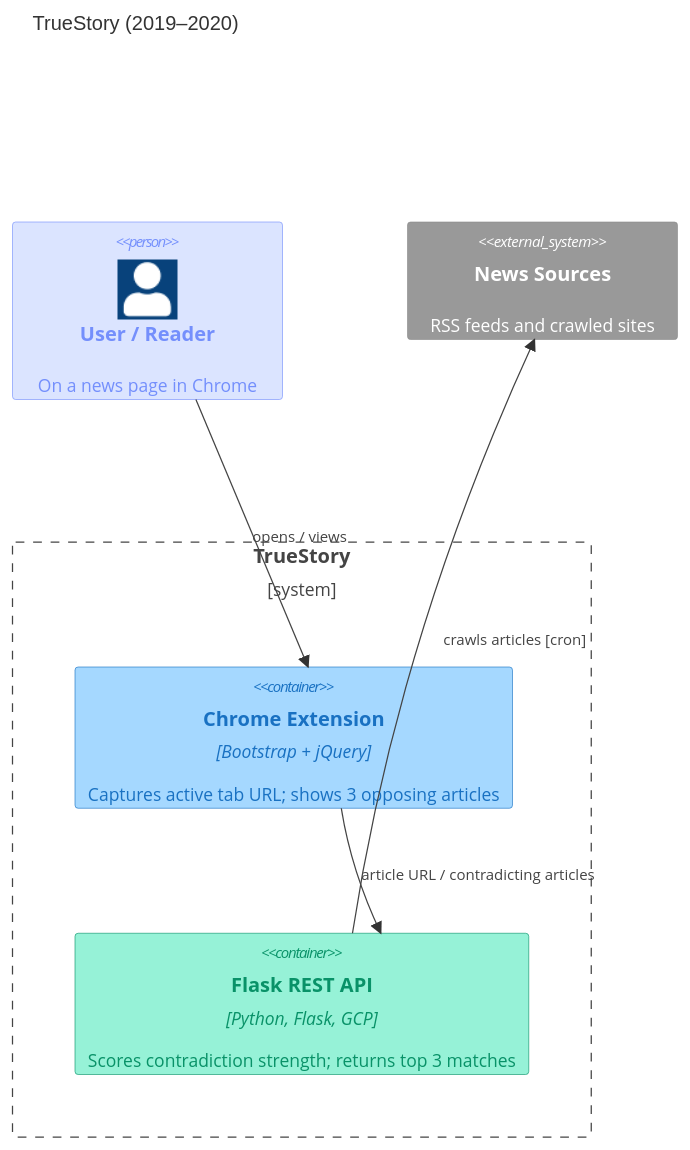
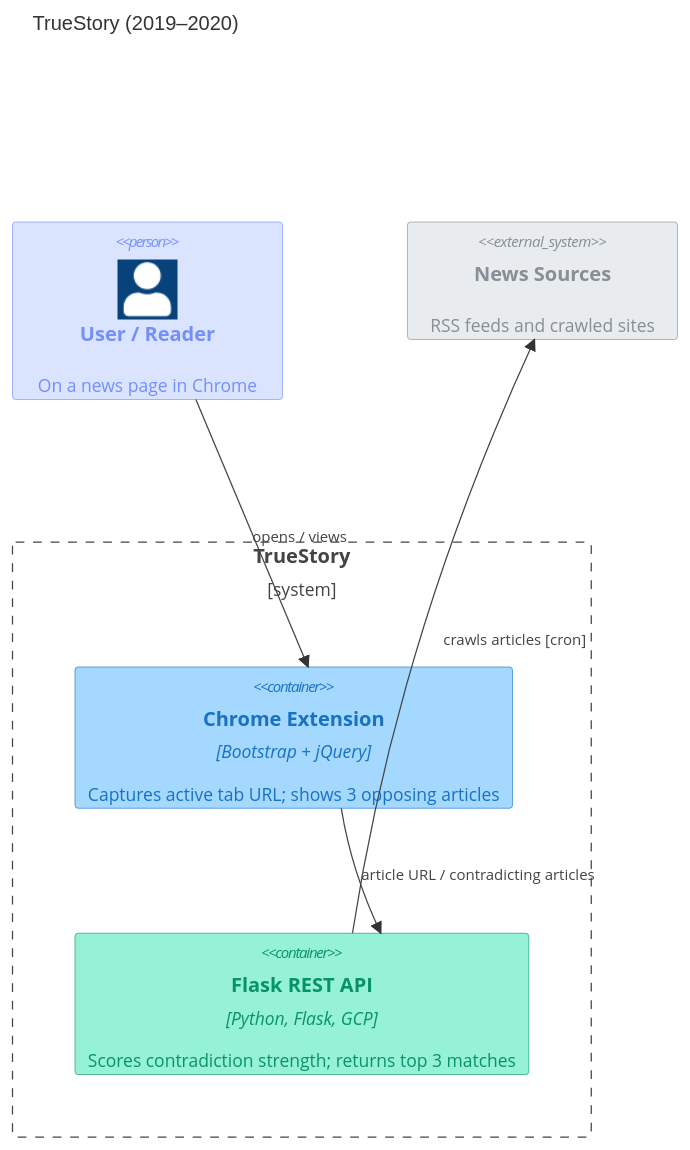
The diagram in src/diagrams/truestory.md (cmin764/portfolio), drawn with Mermaid before and after one commit. The commit also changed 2 other files, not shown here.

Commit message:
Fix missing System_Ext gray overrides and Pinecone primitive in Mermaid diagrams

````diff
--- a/src/diagrams/truestory.md
+++ b/src/diagrams/truestory.md
@@ -3,24 +3,25 @@
 ```mermaid
 C4Container
   title TrueStory (2019–2020)
 
   Person(user, "User / Reader", "On a news page in Chrome")
 
   Boundary(truestory, "TrueStory", "system") {
     Container(ext, "Chrome Extension", "Bootstrap + jQuery", "Captures active tab URL; shows 3 opposing articles")
     Container(api, "Flask REST API", "Python, Flask, GCP", "Scores contradiction strength; returns top 3 matches")
   }
 
   System_Ext(news, "News Sources", "RSS feeds and crawled sites")
 
   Rel(user, ext, "opens / views")
   Rel(ext, api, "article URL / contradicting articles")
   %% api→news: dashed line + filled arrowhead in export (cron dependency, not async queue)
   Rel(api, news, "crawls articles [cron]")
 
   UpdateElementStyle(user, $fontColor="#748ffc", $bgColor="#dbe4ff", $borderColor="#748ffc")
   UpdateElementStyle(ext, $fontColor="#1971c2", $bgColor="#a5d8ff", $borderColor="#1971c2")
   UpdateElementStyle(api, $fontColor="#099268", $bgColor="#96f2d7", $borderColor="#099268")
+  UpdateElementStyle(news, $bgColor="#e9ecef", $borderColor="#868e96", $fontColor="#868e96")
 
   UpdateLayoutConfig($c4ShapeInRow="2", $c4BoundaryInRow="1")
 ```
````
